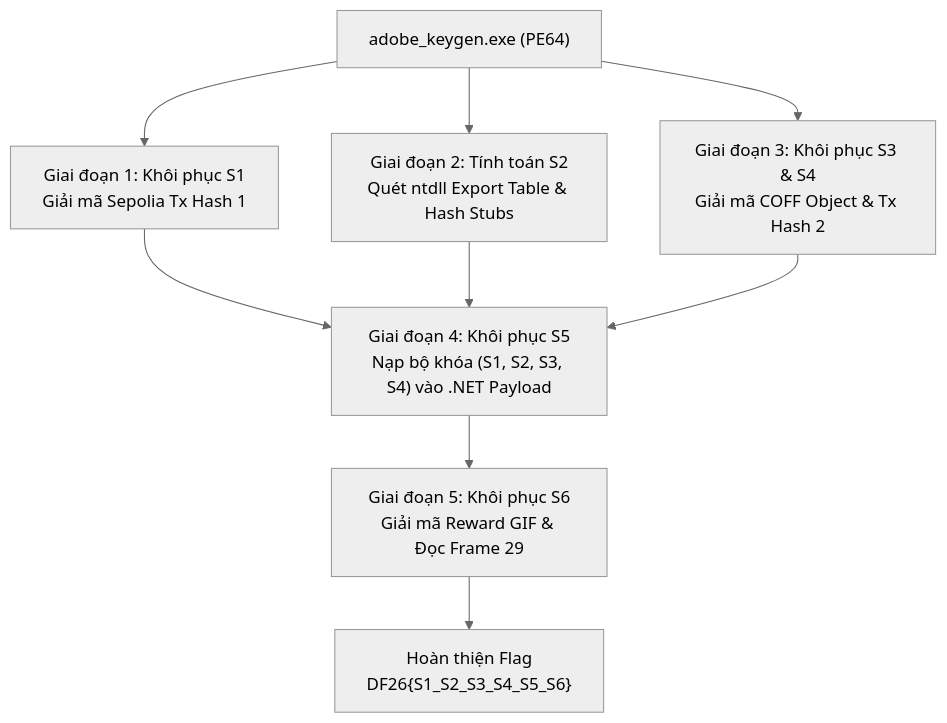
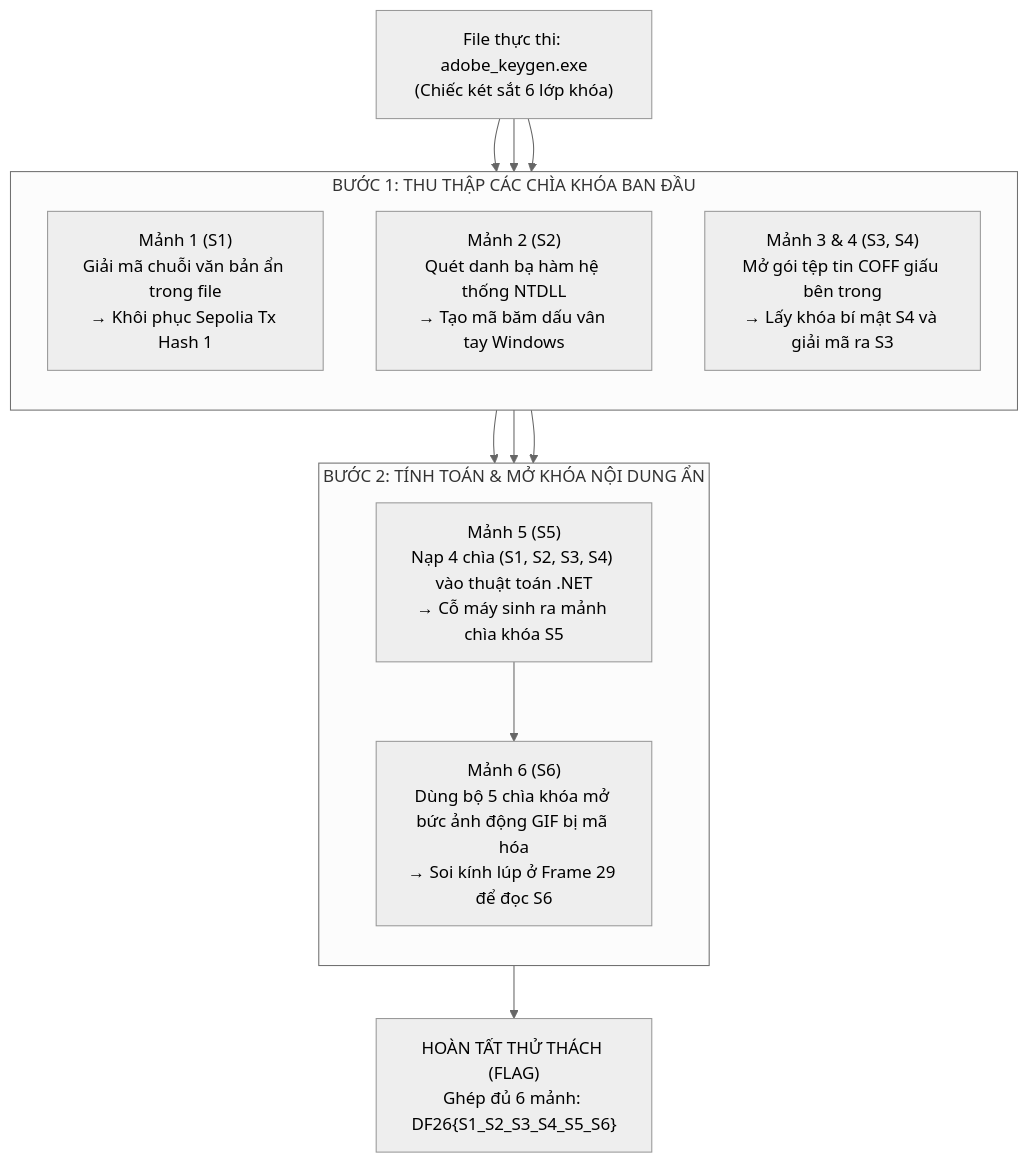
One commit to Lewall-theart/Lewall-theart.github.io changed the diagram in content/adobe-keygen.md. Above: the diagram before and after it, drawn with Mermaid (neutral theme). The commit also changed other lines of this file and 4 other files, not shown here.

Commit message:
Refine adobe-keygen writeup and diagram for non-tech readability, streamline navbar to Home/Blog/About, add social links to about page

````diff
--- a/content/adobe-keygen.md
+++ b/content/adobe-keygen.md
@@ -62,13 +66,30 @@
 ```mermaid
 flowchart TD
-    A["adobe_keygen.exe (PE64)"] --> B["Giai đoạn 1: Khôi phục S1<br/>Giải mã Sepolia Tx Hash 1"]
-    A --> C["Giai đoạn 2: Tính toán S2<br/>Quét ntdll Export Table & Hash Stubs"]
-    A --> D["Giai đoạn 3: Khôi phục S3 & S4<br/>Giải mã COFF Object & Tx Hash 2"]
-    
-    B --> E["Giai đoạn 4: Khôi phục S5<br/>Nạp bộ khóa (S1, S2, S3, S4) vào .NET Payload"]
-    C --> E
-    D --> E
-    
-    E --> F["Giai đoạn 5: Khôi phục S6<br/>Giải mã Reward GIF & Đọc Frame 29"]
-    F --> G["Hoàn thiện Flag<br/>DF26{S1_S2_S3_S4_S5_S6}"]
+    START["File thực thi: adobe_keygen.exe<br/>(Chiếc két sắt 6 lớp khóa)"]
+
+    subgraph PHASE1 ["BƯỚC 1: THU THẬP CÁC CHÌA KHÓA BAN ĐẦU"]
+        direction TB
+        S1["Mảnh 1 (S1)<br/>Giải mã chuỗi văn bản ẩn trong file<br/>→ Khôi phục Sepolia Tx Hash 1"]
+        S2["Mảnh 2 (S2)<br/>Quét danh bạ hàm hệ thống NTDLL<br/>→ Tạo mã băm dấu vân tay Windows"]
+        S34["Mảnh 3 & 4 (S3, S4)<br/>Mở gói tệp tin COFF giấu bên trong<br/>→ Lấy khóa bí mật S4 và giải mã ra S3"]
+    end
+
+    subgraph PHASE2 ["BƯỚC 2: TÍNH TOÁN & MỞ KHÓA NỘI DUNG ẨN"]
+        direction TB
+        S5["Mảnh 5 (S5)<br/>Nạp 4 chìa (S1, S2, S3, S4) vào thuật toán .NET<br/>→ Cỗ máy sinh ra mảnh chìa khóa S5"]
+        S6["Mảnh 6 (S6)<br/>Dùng bộ 5 chìa khóa mở bức ảnh động GIF bị mã hóa<br/>→ Soi kính lúp ở Frame 29 để đọc S6"]
+    end
+
+    FINALE["HOÀN TẤT THỬ THÁCH (FLAG)<br/>Ghép đủ 6 mảnh: DF26{S1_S2_S3_S4_S5_S6}"]
+
+    START --> S1
+    START --> S2
+    START --> S34
+
+    S1 --> S5
+    S2 --> S5
+    S34 --> S5
+
+    S5 --> S6
+    S6 --> FINALE
 ```
````
